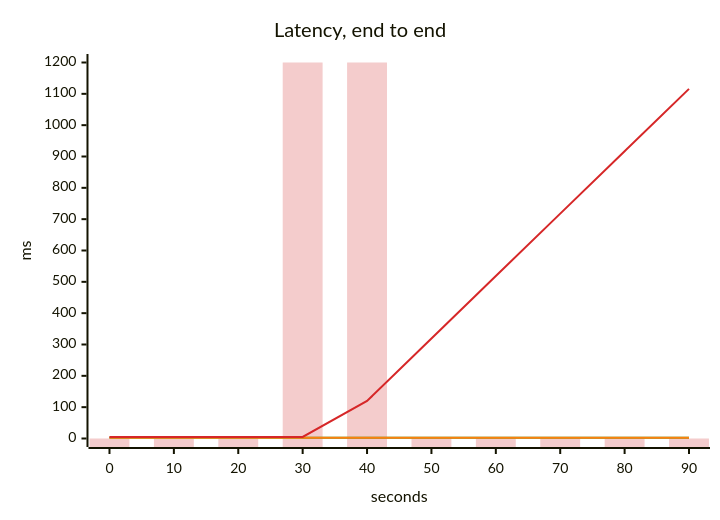
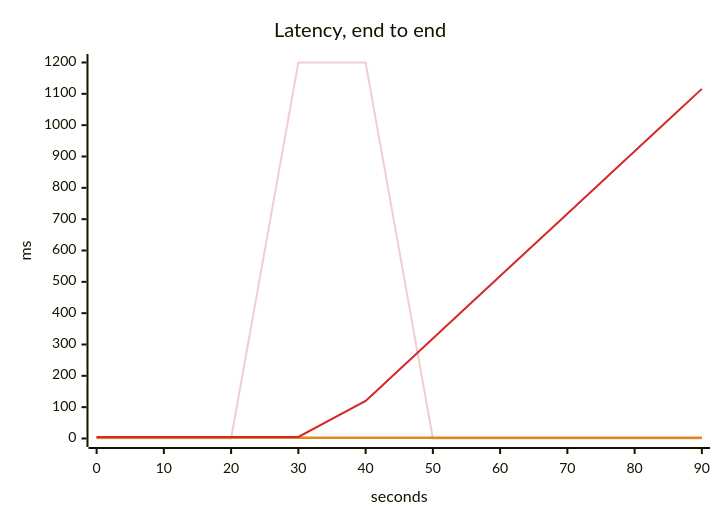
One commit to akinfemi/load-lore changed the third of 5 diagrams in internal/report/testdata/pool.md. Above: the diagram before and after it, drawn with Mermaid. The commit also changed other lines of this file and 47 other files, not shown here.

````diff
--- a/internal/report/testdata/pool.md
+++ b/internal/report/testdata/pool.md
@@ -53,16 +54,17 @@
 ```mermaid
 ---
 config:
   themeVariables:
     xyChart:
+      backgroundColor: "transparent"
       plotColorPalette: "#f4cccc, #2ca02c, #ff7f0e, #d62728"
 ---
 xychart-beta
     title "Latency, end to end"
     x-axis "seconds" 0 --> 90
     y-axis "ms" 0 --> 1200
-    bar [0, 0, 0, 1200, 1200, 0, 0, 0, 0, 0]
+    line [0, 0, 0, 1200, 1200, 0, 0, 0, 0, 0]
     line [2, 2, 2, 2, 2, 2, 2, 2, 2, 2]
     line [2.009, 2.009, 2.009, 2.009, 2.009, 2.009, 2.009, 2.009, 2.009, 2.009]
     line [5, 5, 5, 5, 119.73, 319.121, 518.392, 717.592, 916.745, 1115.866]
 ```
````
